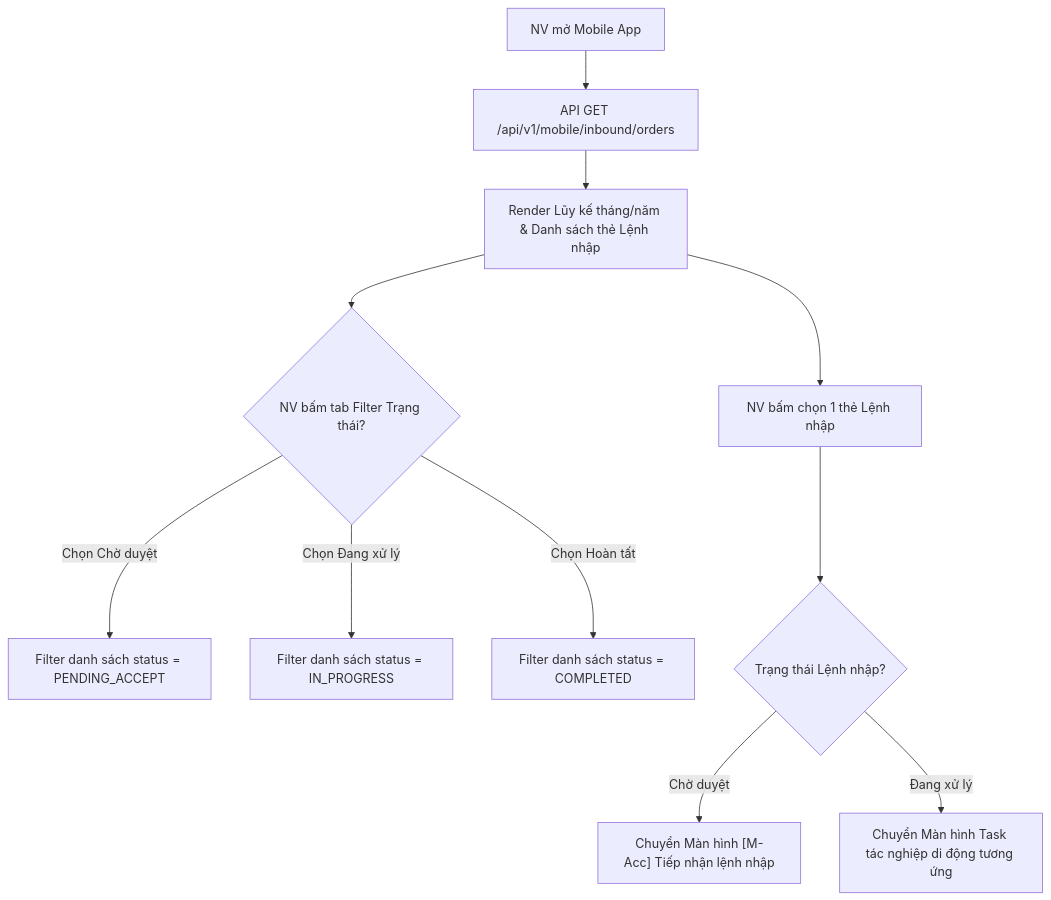
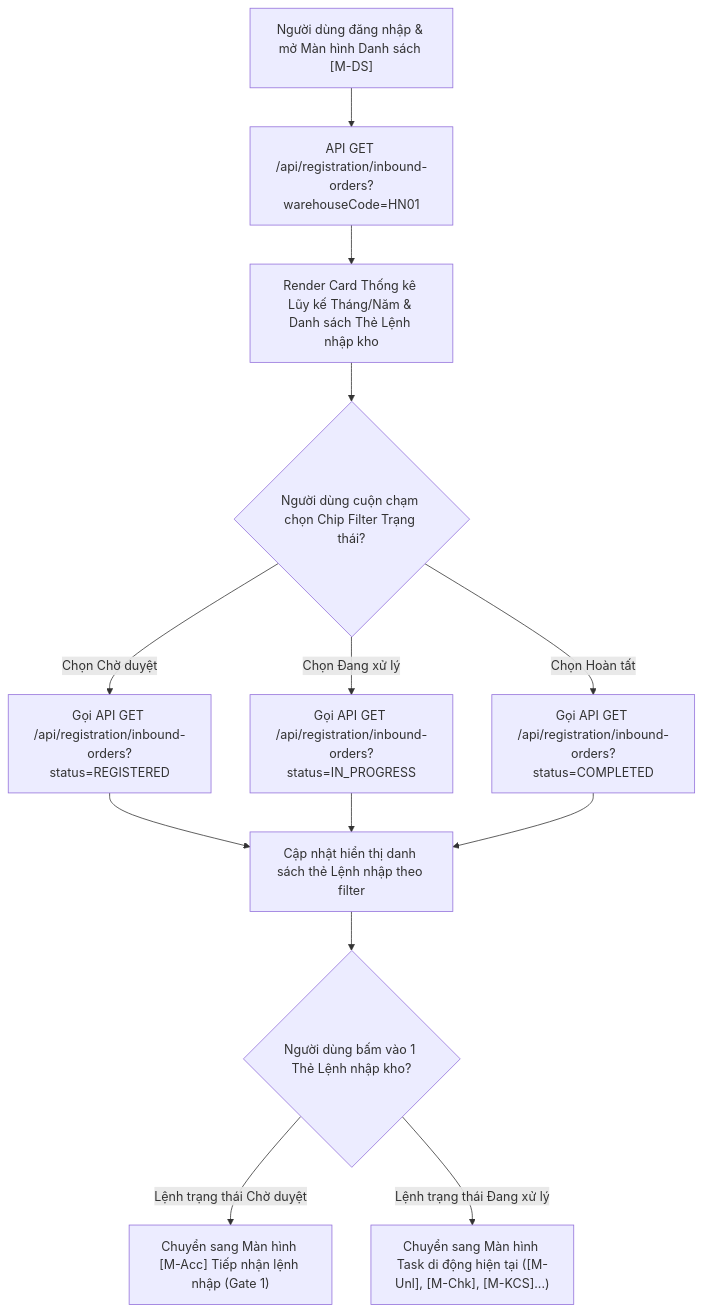
Before and after one commit to EdwardTran04/Project_Management: the second of 11 diagrams in ba/documents/srs/new/SRS_MM.10A_QuyTrinh_Va_ManHinh_Task_NhapKho_NCC_Mobile_v1.0.0.md, drawn with Mermaid. The commit also changed other lines of this file and 38 other files, not shown here.

Commit message:
Cập nhập sprint, tài liệu có tích hợp API

````diff
--- a/ba/documents/srs/new/SRS_MM.10A_QuyTrinh_Va_ManHinh_Task_NhapKho_NCC_Mobile_v1.0.0.md
+++ b/ba/documents/srs/new/SRS_MM.10A_QuyTrinh_Va_ManHinh_Task_NhapKho_NCC_Mobile_v1.0.0.md
@@ -171,13 +191,18 @@
 ```mermaid
 flowchart TD
-    A["NV mở Mobile App"] --> B["API GET /api/v1/mobile/inbound/orders"]
-    B --> C["Render Lũy kế tháng/năm & Danh sách thẻ Lệnh nhập"]
-    C --> D{"NV bấm tab Filter Trạng thái?"}
-    D -- Chọn Chờ duyệt --> E["Filter danh sách status = PENDING_ACCEPT"]
-    D -- Chọn Đang xử lý --> F["Filter danh sách status = IN_PROGRESS"]
-    D -- Chọn Hoàn tất --> G["Filter danh sách status = COMPLETED"]
-    C --> H["NV bấm chọn 1 thẻ Lệnh nhập"]
-    H --> I{"Trạng thái Lệnh nhập?"}
-    I -- Chờ duyệt --> J["Chuyển Màn hình [M-Acc] Tiếp nhận lệnh nhập"]
-    I -- Đang xử lý --> K["Chuyển Màn hình Task tác nghiệp di động tương ứng"]
+    A["Người dùng đăng nhập & mở Màn hình Danh sách [M-DS]"] --> B["API GET /api/registration/inbound-orders?warehouseCode=HN01"]
+    B --> C["Render Card Thống kê Lũy kế Tháng/Năm & Danh sách Thẻ Lệnh nhập kho"]
+    
+    C --> D{"Người dùng cuộn chạm chọn Chip Filter Trạng thái?"}
+    D -- Chọn Chờ duyệt --> E1["Gọi API GET /api/registration/inbound-orders?status=REGISTERED"]
+    D -- Chọn Đang xử lý --> E2["Gọi API GET /api/registration/inbound-orders?status=IN_PROGRESS"]
+    D -- Chọn Hoàn tất --> E3["Gọi API GET /api/registration/inbound-orders?status=COMPLETED"]
+    
+    E1 --> F["Cập nhật hiển thị danh sách thẻ Lệnh nhập theo filter"]
+    E2 --> F
+    E3 --> F
+    
+    F --> G{"Người dùng bấm vào 1 Thẻ Lệnh nhập kho?"}
+    G -- Lệnh trạng thái Chờ duyệt --> H["Chuyển sang Màn hình [M-Acc] Tiếp nhận lệnh nhập (Gate 1)"]
+    G -- Lệnh trạng thái Đang xử lý --> I["Chuyển sang Màn hình Task di động hiện tại ([M-Unl], [M-Chk], [M-KCS]...)"]
 ```
````
